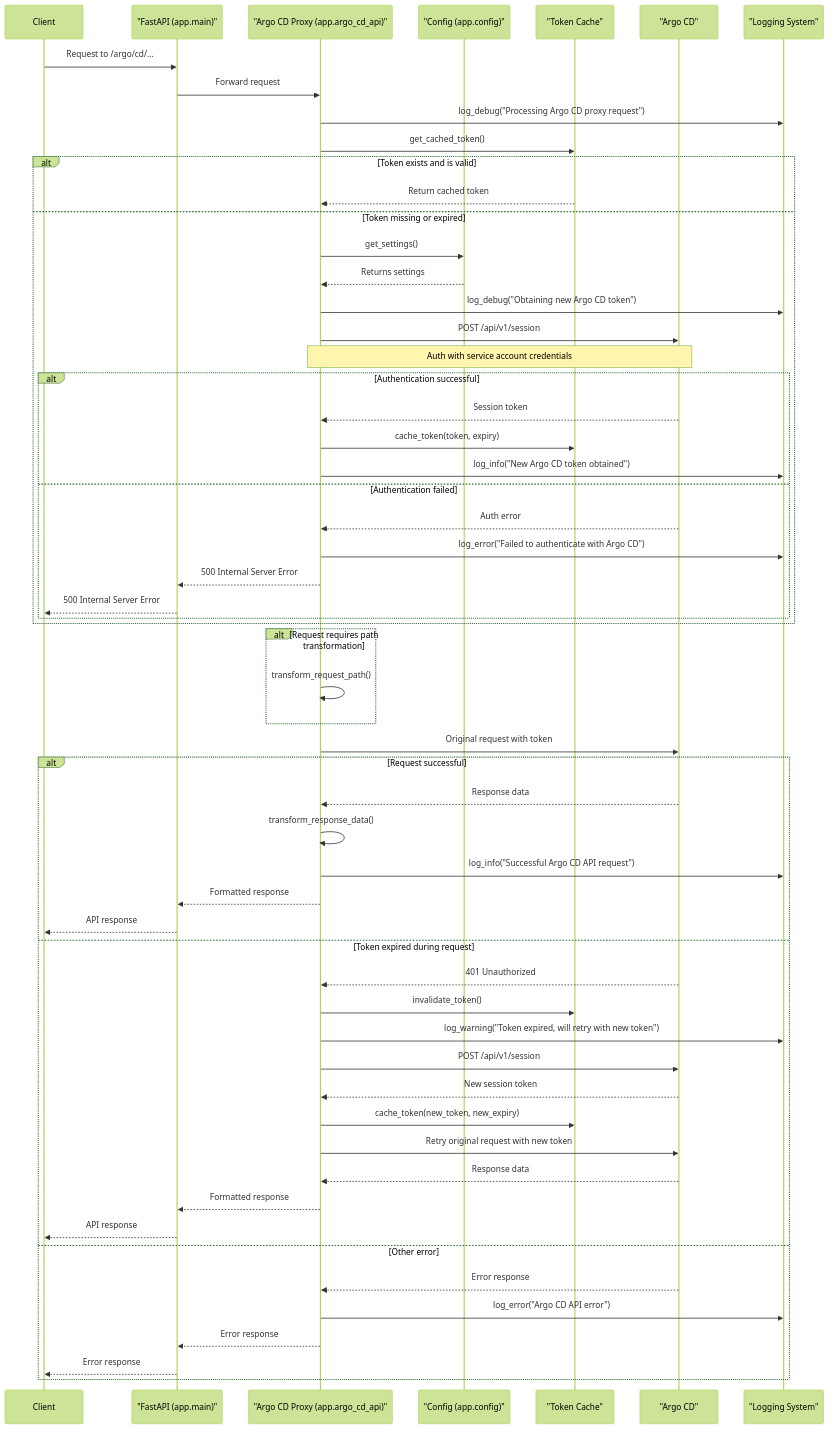
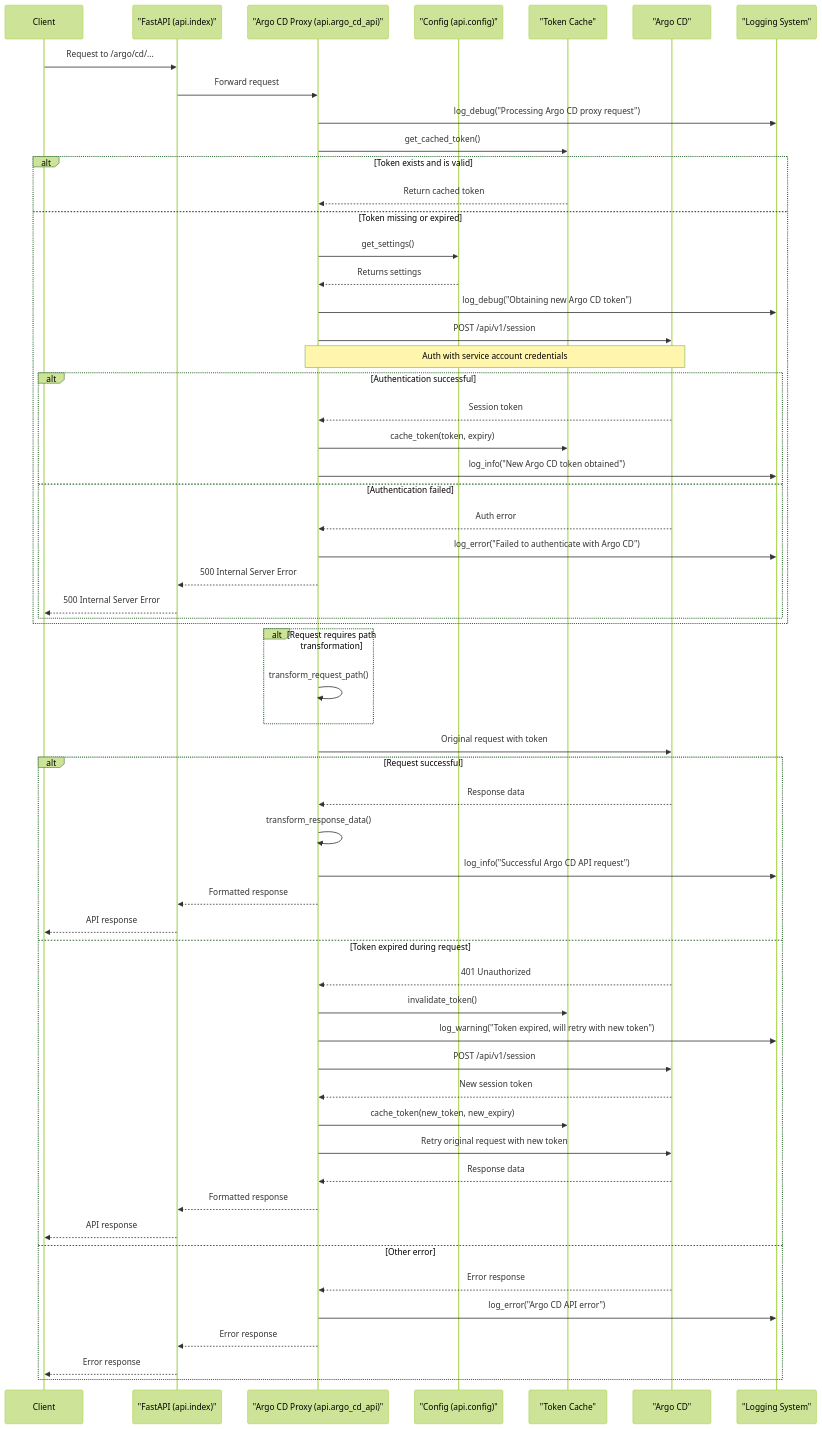
One commit to lloydchang/tvp-k8s changed the ninth of 11 diagrams in README.md. Above: the diagram before and after it, drawn with Mermaid (forest theme). The commit also changed other lines of this file and 33 other files, not shown here.

````diff
--- a/README.md
+++ b/README.md
@@ -796,70 +796,70 @@
 ```mermaid
 sequenceDiagram
     participant Client
-    participant FastAPI as "FastAPI (app.main)"
-    participant ArgoCDProxy as "Argo CD Proxy (app.argo_cd_api)"
-    participant Config as "Config (app.config)"
+    participant FastAPI as "FastAPI (api.index)"
+    participant ArgoCDProxy as "Argo CD Proxy (api.argo_cd_api)"
+    participant Config as "Config (api.config)"
     participant TokenCache as "Token Cache"
     participant ArgoCD as "Argo CD"
     participant Logger as "Logging System"
     
     Client->>FastAPI: Request to /argo/cd/...
     FastAPI->>ArgoCDProxy: Forward request
     ArgoCDProxy->>Logger: log_debug("Processing Argo CD proxy request")
     
     ArgoCDProxy->>TokenCache: get_cached_token()
     
     alt Token exists and is valid
         TokenCache-->>ArgoCDProxy: Return cached token
     else Token missing or expired
         ArgoCDProxy->>Config: get_settings()
         Config-->>ArgoCDProxy: Returns settings
         
         ArgoCDProxy->>Logger: log_debug("Obtaining new Argo CD token")
         ArgoCDProxy->>ArgoCD: POST /api/v1/session
         Note over ArgoCDProxy,ArgoCD: Auth with service account credentials
         
         alt Authentication successful
             ArgoCD-->>ArgoCDProxy: Session token
             ArgoCDProxy->>TokenCache: cache_token(token, expiry)
             ArgoCDProxy->>Logger: log_info("New Argo CD token obtained")
         else Authentication failed
             ArgoCD-->>ArgoCDProxy: Auth error
             ArgoCDProxy->>Logger: log_error("Failed to authenticate with Argo CD")
             ArgoCDProxy-->>FastAPI: 500 Internal Server Error
             FastAPI-->>Client: 500 Internal Server Error
         end
     end
     
     alt Request requires path transformation
         ArgoCDProxy->>ArgoCDProxy: transform_request_path()
     end
     
     ArgoCDProxy->>ArgoCD: Original request with token
     
     alt Request successful
         ArgoCD-->>ArgoCDProxy: Response data
         ArgoCDProxy->>ArgoCDProxy: transform_response_data()
         ArgoCDProxy->>Logger: log_info("Successful Argo CD API request")
         ArgoCDProxy-->>FastAPI: Formatted response
         FastAPI-->>Client: API response
     else Token expired during request
         ArgoCD-->>ArgoCDProxy: 401 Unauthorized
         ArgoCDProxy->>TokenCache: invalidate_token()
         ArgoCDProxy->>Logger: log_warning("Token expired, will retry with new token")
         
         ArgoCDProxy->>ArgoCD: POST /api/v1/session
         ArgoCD-->>ArgoCDProxy: New session token
         ArgoCDProxy->>TokenCache: cache_token(new_token, new_expiry)
         
         ArgoCDProxy->>ArgoCD: Retry original request with new token
         ArgoCD-->>ArgoCDProxy: Response data
         ArgoCDProxy-->>FastAPI: Formatted response
         FastAPI-->>Client: API response
     else Other error
         ArgoCD-->>ArgoCDProxy: Error response
         ArgoCDProxy->>Logger: log_error("Argo CD API error")
         ArgoCDProxy-->>FastAPI: Error response
         FastAPI-->>Client: Error response
     end
 ```
````
